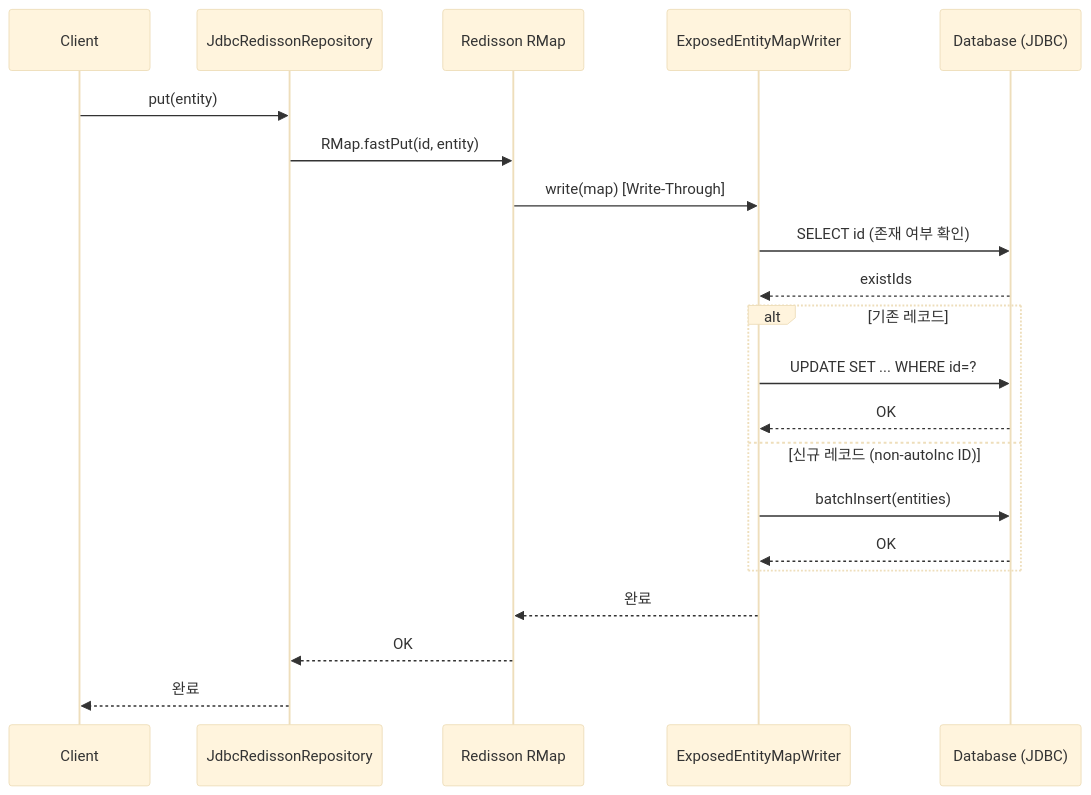
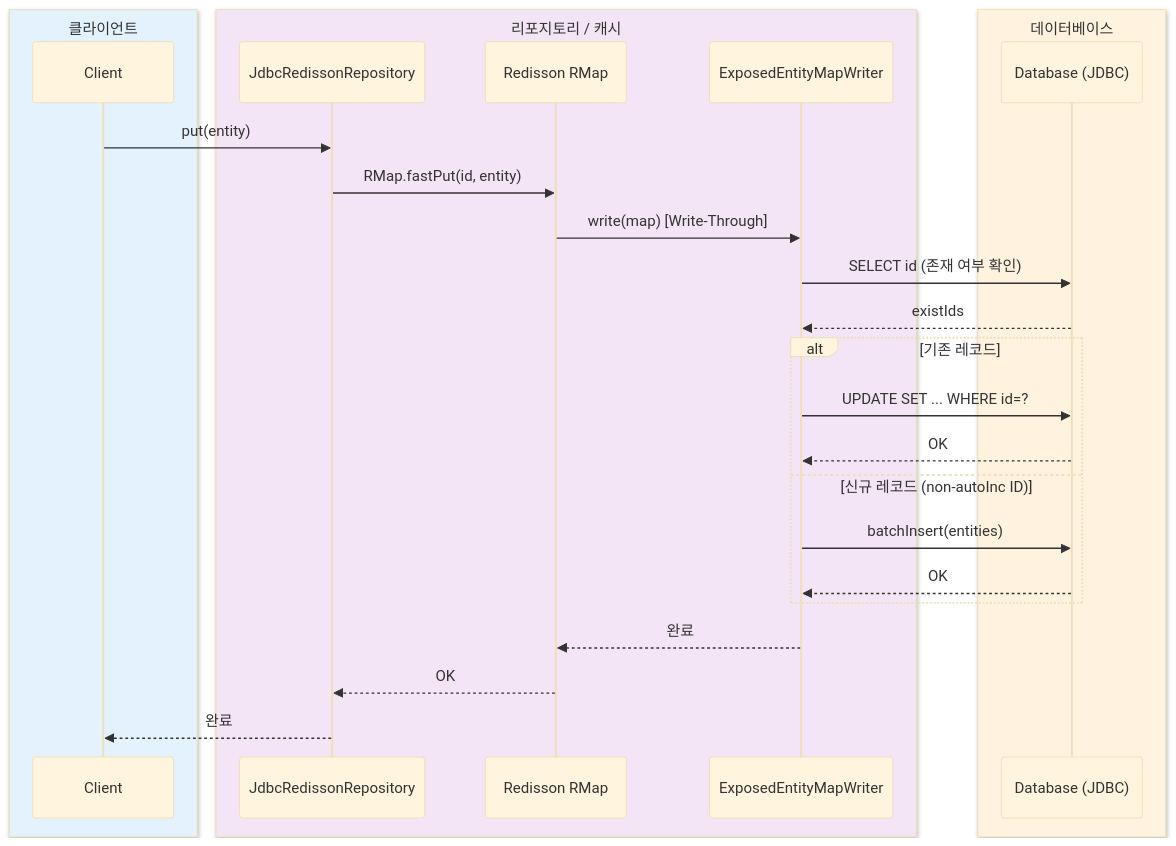
One commit to bluetape4k/bluetape4k-projects changed the third of 7 diagrams in data/exposed-jdbc-redisson/README.ko.md. Above: the diagram before and after it, drawn with Mermaid (base theme). The commit also changed other lines of this file and 221 other files, not shown here.

First line of the commit message:
docs: 전체 모듈 README UML 다이어그램 보강 및 색상 업그레이드

````diff
--- a/data/exposed-jdbc-redisson/README.ko.md
+++ b/data/exposed-jdbc-redisson/README.ko.md
@@ -422,23 +444,30 @@
 ```mermaid
 sequenceDiagram
-    participant Client as Client
-    participant Repo as JdbcRedissonRepository
-    participant RMap as Redisson RMap
-    participant Writer as ExposedEntityMapWriter
-    participant DB as Database (JDBC)
+    box rgb(227, 242, 253) 클라이언트
+        participant Client as Client
+    end
+    box rgb(243, 229, 245) 리포지토리 / 캐시
+        participant Repo as JdbcRedissonRepository
+        participant RMap as Redisson RMap
+        participant Writer as ExposedEntityMapWriter
+    end
+    box rgb(255, 243, 224) 데이터베이스
+        participant DB as Database (JDBC)
+    end
+
     Client ->> Repo: put(entity)
     Repo ->> RMap: RMap.fastPut(id, entity)
     RMap ->> Writer: write(map) [Write-Through]
     Writer ->> DB: SELECT id (존재 여부 확인)
     DB -->> Writer: existIds
     alt 기존 레코드
         Writer ->> DB: UPDATE SET ... WHERE id=?
         DB -->> Writer: OK
     else 신규 레코드 (non-autoInc ID)
         Writer ->> DB: batchInsert(entities)
         DB -->> Writer: OK
     end
     Writer -->> RMap: 완료
     RMap -->> Repo: OK
     Repo -->> Client: 완료
 ```
````
